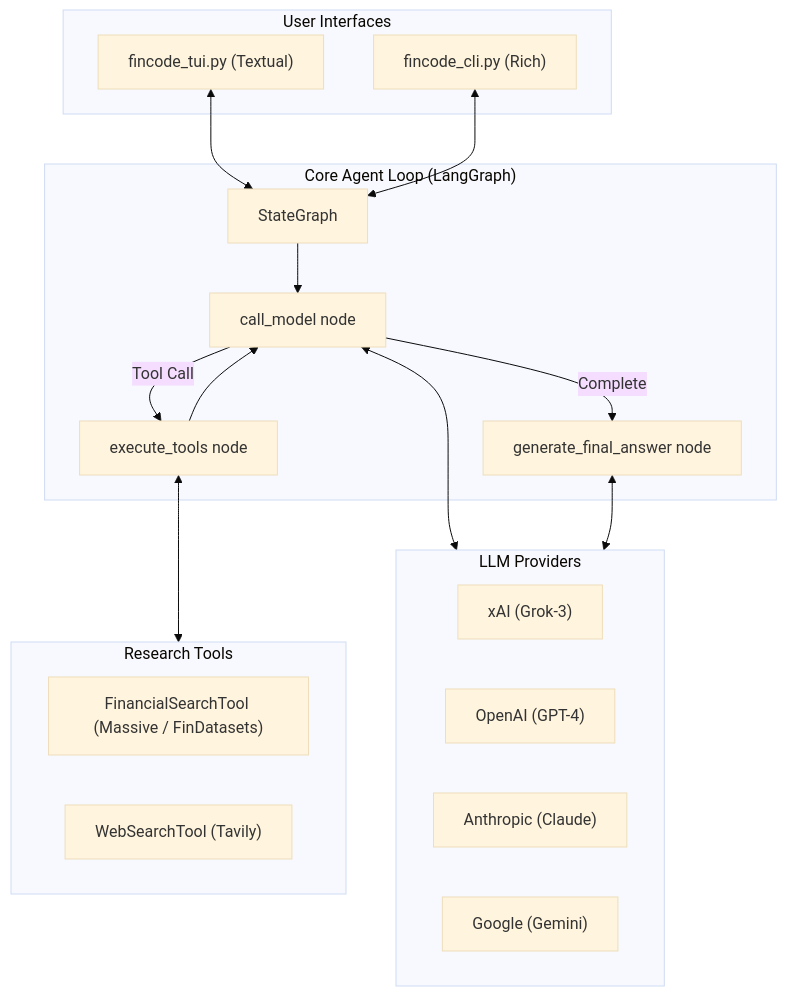
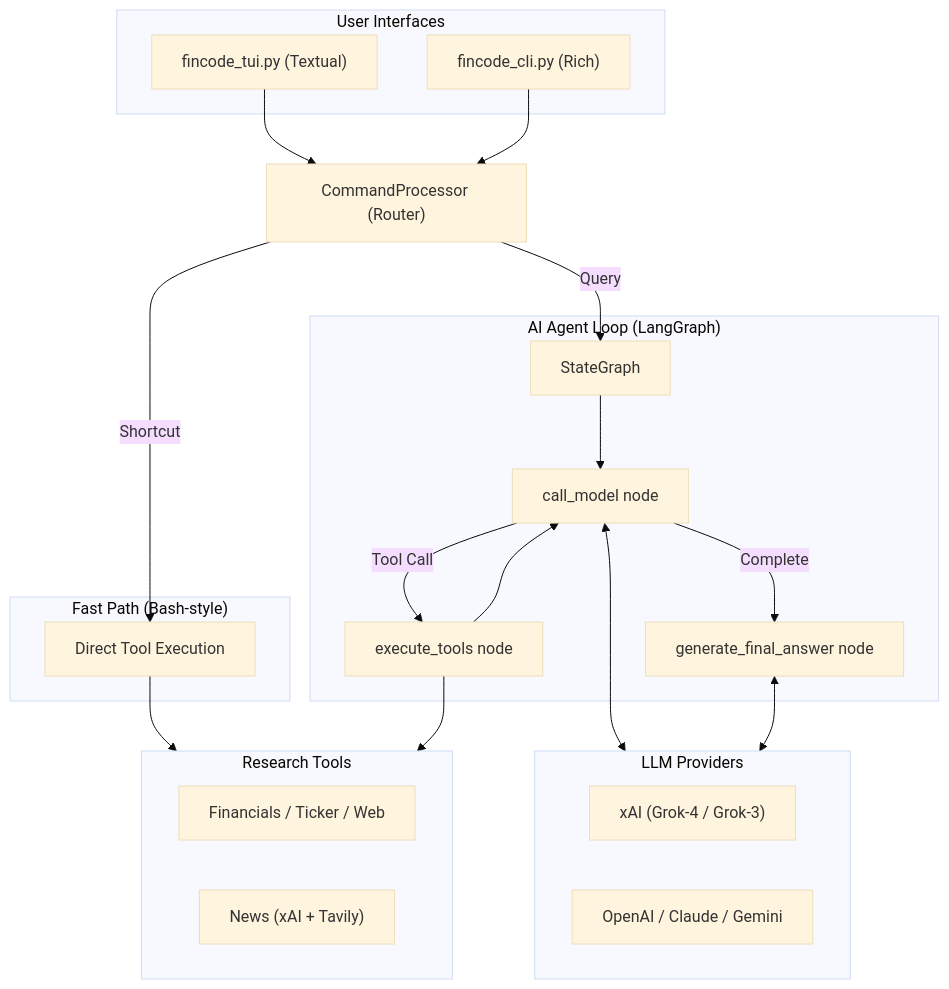
One commit to pittdog/fincode changed the diagram in README.md. Above: the diagram before and after it, drawn with Mermaid (base theme).

````diff
--- a/README.md
+++ b/README.md
@@ -155,38 +155,47 @@
 ```mermaid
 graph TD
     subgraph UI ["User Interfaces"]
         TUI["fincode_tui.py (Textual)"]
         CLI["fincode_cli.py (Rich)"]
     end
 
-    subgraph Core ["Core Agent Loop (LangGraph)"]
+    Router["CommandProcessor (Router)"]
+
+    subgraph FastPath ["Fast Path (Bash-style)"]
+        DirectExec["Direct Tool Execution"]
+    end
+
+    subgraph Core ["AI Agent Loop (LangGraph)"]
         Graph["StateGraph"]
         ModelNode["call_model node"]
         ToolNode["execute_tools node"]
         FinalNode["generate_final_answer node"]
         
         Graph --> ModelNode
         ModelNode -->|Tool Call| ToolNode
         ToolNode --> ModelNode
         ModelNode -->|Complete| FinalNode
     end
 
     subgraph Tools ["Research Tools"]
-        FinDat["FinancialSearchTool (Massive / FinDatasets)"]
-        WebDat["WebSearchTool (Tavily)"]
+        FinTools["Financials / Ticker / Web"]
+        NewsTool["News (xAI + Tavily)"]
     end
 
     subgraph Providers ["LLM Providers"]
-        XAI["xAI (Grok-3)"]
-        OpenAI["OpenAI (GPT-4)"]
-        Anthropic["Anthropic (Claude)"]
-        Gemini["Google (Gemini)"]
+        XAI["xAI (Grok-4 / Grok-3)"]
+        Others["OpenAI / Claude / Gemini"]
     end
 
-    TUI <--> Graph
-    CLI <--> Graph
+    TUI --> Router
+    CLI --> Router
+
+    Router -->|Shortcut| DirectExec
+    Router -->|Query| Graph
+
+    DirectExec --> Tools
+    ToolNode --> Tools
     
     ModelNode <--> Providers
     FinalNode <--> Providers
-    ToolNode <--> Tools
 ```
````
